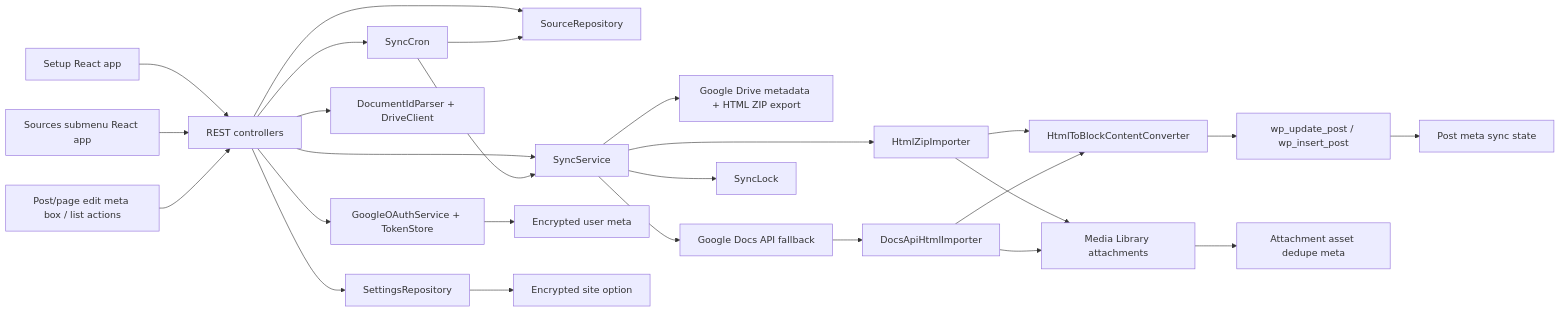
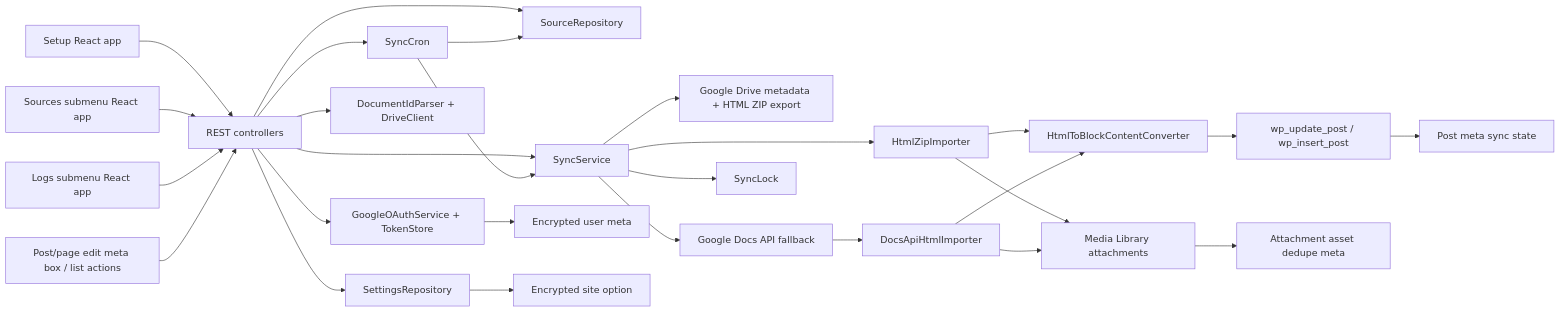
Before and after one commit to Brasth/DocSync-WP: the diagram in docs/system-architecture.md, drawn with Mermaid. The commit also changed other lines of this file and 23 other files, not shown here.

````diff
--- a/docs/system-architecture.md
+++ b/docs/system-architecture.md
@@ -18,28 +19,29 @@
 ```mermaid
 flowchart LR
   SetupApp["Setup React app"] --> REST["REST controllers"]
   SourcesApp["Sources submenu React app"] --> REST
+  LogsApp["Logs submenu React app"] --> REST
   TargetUI["Post/page edit meta box / list actions"] --> REST
   REST --> Settings["SettingsRepository"]
   REST --> OAuth["GoogleOAuthService + TokenStore"]
   REST --> Docs["DocumentIdParser + DriveClient"]
   REST --> Sources["SourceRepository"]
   REST --> Sync["SyncService"]
   REST --> Cron["SyncCron"]
   Sync --> Drive["Google Drive metadata + HTML ZIP export"]
   Sync --> DocsAPI["Google Docs API fallback"]
   Sync --> Import["HtmlZipImporter"]
   DocsAPI --> FallbackImport["DocsApiHtmlImporter"]
   Import --> Blocks["HtmlToBlockContentConverter"]
   FallbackImport --> Blocks
   Sync --> Lock["SyncLock"]
   Import --> Media["Media Library attachments"]
   Blocks --> WP["wp_update_post / wp_insert_post"]
   WP --> Meta["Post meta sync state"]
   Media --> AttachmentMeta["Attachment asset dedupe meta"]
   FallbackImport --> Media
   OAuth --> Tokens["Encrypted user meta"]
   Settings --> Opts["Encrypted site option"]
   Cron --> Sources
   Cron --> Sync
 ```
````
